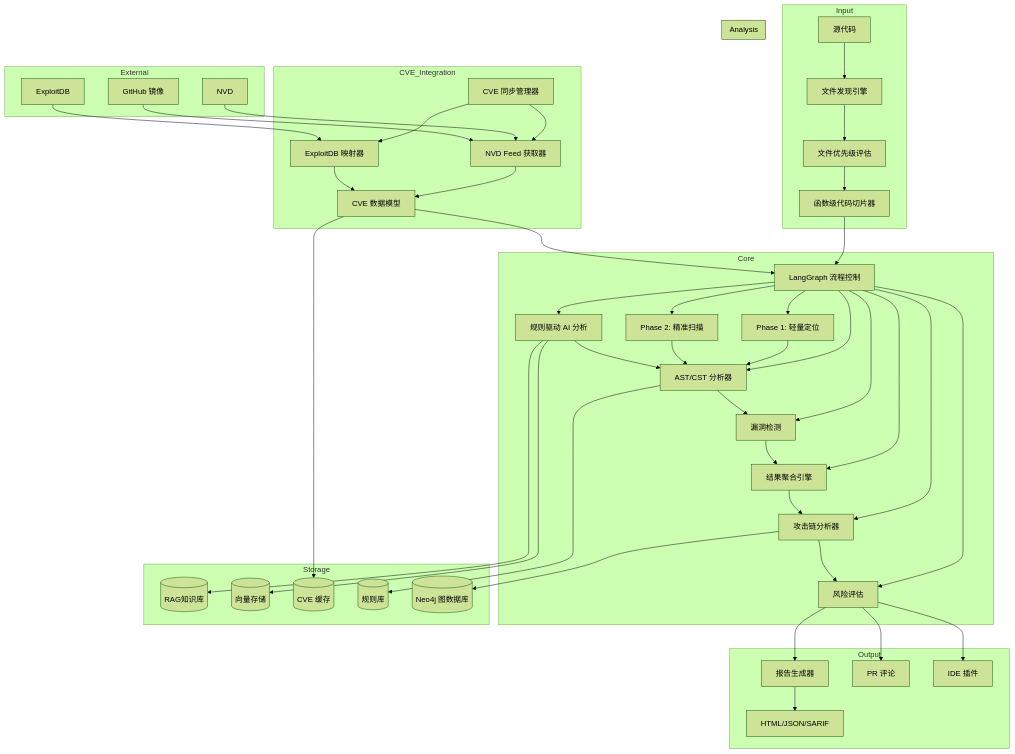
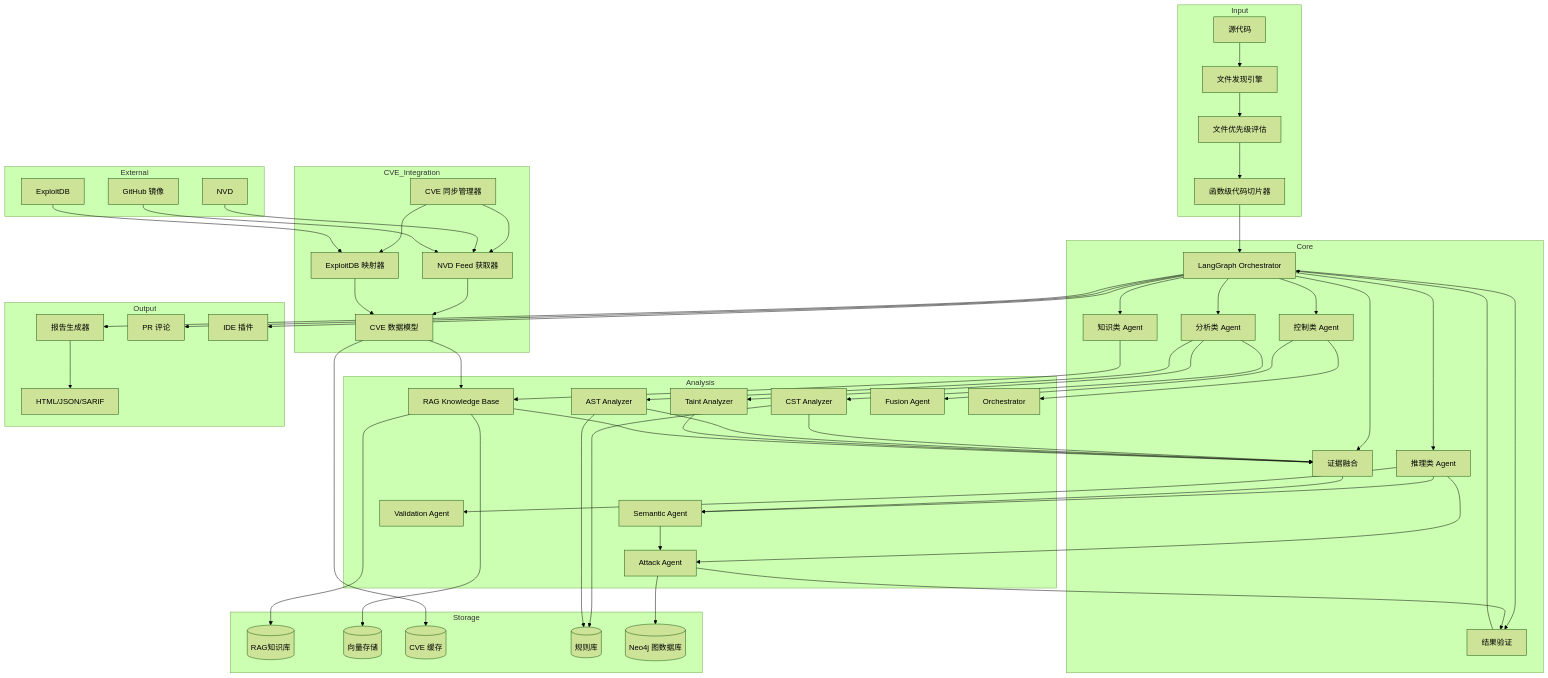
Before and after one commit to lxcxjxhx/HOS-LS: the first of 2 diagrams in README.md, drawn with Mermaid (forest theme). The commit also changed other lines of this file and 48 other files, not shown here.

````diff
--- a/README.md
+++ b/README.md
@@ -666,64 +672,78 @@
 ```mermaid
 graph TB
     subgraph Input
         A[源代码] --> B[文件发现引擎]
         B --> C[文件优先级评估]
         C --> D[函数级代码切片器]
     end
 
     subgraph Core
-        E[LangGraph 流程控制] --> F[Phase 1: 轻量定位]
-        E --> G[Phase 2: 精准扫描]
-        E --> H[规则驱动 AI 分析]
-        E --> I[AST/CST 分析器]
-        E --> J[漏洞检测]
-        E --> K[结果聚合引擎]
-        E --> L[攻击链分析器]
-        E --> M[风险评估]
+        E[LangGraph Orchestrator] --> F[分析类 Agent]
+        E --> G[知识类 Agent]
+        E --> H[推理类 Agent]
+        E --> I[控制类 Agent]
+        E --> J[证据融合]
+        E --> K[结果验证]
     end
 
     subgraph Analysis
         D --> E
-        F --> I
-        G --> I
-        H --> I
-        I --> J
-        J --> K
-        K --> L
-        L --> M
+        
+        F --> F1[CST Analyzer]
+        F --> F2[AST Analyzer]
+        F --> F3[Taint Analyzer]
+        
+        G --> G1[RAG Knowledge Base]
+        
+        H --> H1[Semantic Agent]
+        H --> H2[Attack Agent]
+        H --> H3[Validation Agent]
+        
+        I --> I1[Fusion Agent]
+        I --> I2[Orchestrator]
+        
+        F1 --> J
+        F2 --> J
+        F3 --> J
+        G1 --> J
+        J --> H1
+        H1 --> H2
+        H2 --> K
+        K --> E
     end
 
     subgraph CVE_Integration
         N[NVD Feed 获取器] --> O[CVE 数据模型]
         P[ExploitDB 映射器] --> O
         Q[CVE 同步管理器] --> N
         Q --> P
-        O --> E
+        O --> G1
     end
 
     subgraph Output
-        M --> R[报告生成器]
+        E --> R[报告生成器]
         R --> S[HTML/JSON/SARIF]
-        M --> T[PR 评论]
-        M --> U[IDE 插件]
+        E --> T[PR 评论]
+        E --> U[IDE 插件]
     end
 
     subgraph Storage
         V[(RAG知识库)]
         W[(向量存储)]
         X[(CVE 缓存)]
         Y[(规则库)]
         Z[(Neo4j 图数据库)]
-        H --> V
-        H --> W
+        G1 --> V
+        G1 --> W
         O --> X
-        I --> Y
-        L --> Z
+        F1 --> Y
+        F2 --> Y
+        H2 --> Z
     end
 
     subgraph External
         AA[NVD] --> N
         BB[ExploitDB] --> P
         CC[GitHub 镜像] --> N
     end
 ```
````
